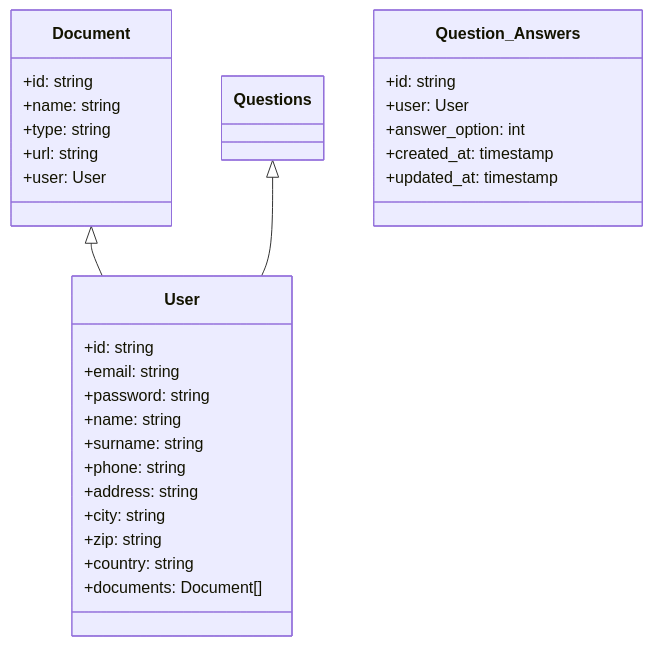
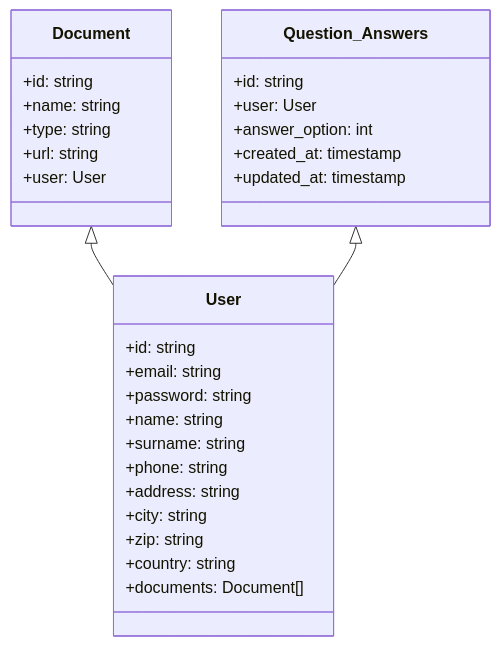
Before and after one commit to walkerdustin/beyond-webapp: the second of 2 diagrams in README.md, drawn with Mermaid. The commit also changed other lines of this file, not shown here.

````diff
--- a/README.md
+++ b/README.md
@@ -170,33 +289,33 @@
 ```mermaid
 classDiagram
     Document <|-- User
-    Questions <|-- User
+    Question_Answers <|-- User
 
     class User {
         +id: string
         +email: string
         +password: string
         +name: string
         +surname: string
         +phone: string
         +address: string
         +city: string
         +zip: string
         +country: string
         +documents: Document[]
     }
     class Document {
         +id: string
         +name: string
         +type: string
         +url: string
         +user: User
     }
     class Question_Answers {
         +id: string
         +user: User
         +answer_option: int
         +created_at: timestamp
         +updated_at: timestamp
     }
 ```
````
